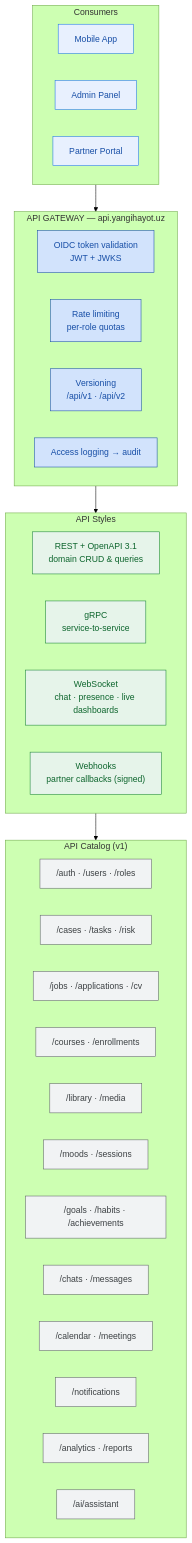
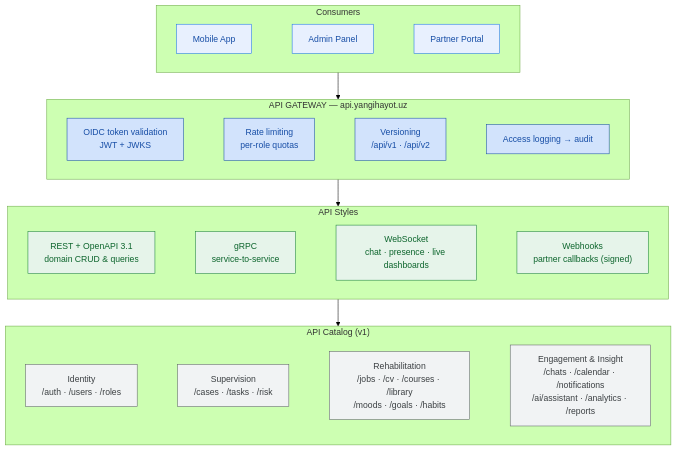
Before and after one commit to baxtbekjumayev74-byte/Yangi-hayot: the fifth of 5 diagrams in docs/02-system-architecture.md, drawn with Mermaid (forest theme). The commit also changed other lines of this file and 5 other files, not shown here.

First line of the commit message:
Refine diagram layouts for presentation rendering

````diff
--- a/docs/02-system-architecture.md
+++ b/docs/02-system-architecture.md
@@ -277,49 +250,33 @@
 ```mermaid
 flowchart TB
     subgraph CLIENTS["Consumers"]
-        M["Mobile App"]
-        W["Admin Panel"]
-        P["Partner Portal"]
+        direction LR
+        M["Mobile App"] ~~~ W["Admin Panel"] ~~~ P["Partner Portal"]
     end
 
     subgraph GATE["API GATEWAY — api.yangihayot.uz"]
-        AUTH["OIDC token validation<br/>JWT + JWKS"]
-        RATE["Rate limiting<br/>per-role quotas"]
-        VER["Versioning<br/>/api/v1 · /api/v2"]
-        AUD2["Access logging → audit"]
+        direction LR
+        AUTH["OIDC token validation<br/>JWT + JWKS"] ~~~ RATE["Rate limiting<br/>per-role quotas"] ~~~ VER["Versioning<br/>/api/v1 · /api/v2"] ~~~ AUD2["Access logging → audit"]
     end
 
     subgraph STYLES["API Styles"]
-        REST["REST + OpenAPI 3.1<br/>domain CRUD & queries"]
-        GRPC["gRPC<br/>service-to-service"]
-        WSS["WebSocket<br/>chat · presence · live dashboards"]
-        WHK["Webhooks<br/>partner callbacks (signed)"]
+        direction LR
+        REST["REST + OpenAPI 3.1<br/>domain CRUD & queries"] ~~~ GRPC["gRPC<br/>service-to-service"] ~~~ WSS["WebSocket<br/>chat · presence · live dashboards"] ~~~ WHK["Webhooks<br/>partner callbacks (signed)"]
     end
 
     subgraph CATALOG["API Catalog (v1)"]
         direction LR
-        A1["/auth · /users · /roles"]
-        A2["/cases · /tasks · /risk"]
-        A3["/jobs · /applications · /cv"]
-        A4["/courses · /enrollments"]
-        A5["/library · /media"]
-        A6["/moods · /sessions"]
-        A7["/goals · /habits · /achievements"]
-        A8["/chats · /messages"]
-        A9["/calendar · /meetings"]
-        A10["/notifications"]
-        A11["/analytics · /reports"]
-        A12["/ai/assistant"]
+        A1["Identity<br/>/auth · /users · /roles"] ~~~ A2["Supervision<br/>/cases · /tasks · /risk"] ~~~ A3["Rehabilitation<br/>/jobs · /cv · /courses · /library<br/>/moods · /goals · /habits"] ~~~ A4["Engagement & Insight<br/>/chats · /calendar · /notifications<br/>/ai/assistant · /analytics · /reports"]
     end
 
     CLIENTS --> GATE --> STYLES --> CATALOG
 
     classDef c fill:#e8f0fe,stroke:#1a73e8,color:#174ea6
     classDef g fill:#d2e3fc,stroke:#174ea6,color:#174ea6
     classDef s fill:#e6f4ea,stroke:#188038,color:#0d652d
     classDef a fill:#f1f3f4,stroke:#5f6368,color:#3c4043
     class M,W,P c
     class AUTH,RATE,VER,AUD2 g
     class REST,GRPC,WSS,WHK s
-    class A1,A2,A3,A4,A5,A6,A7,A8,A9,A10,A11,A12 a
+    class A1,A2,A3,A4 a
 ```
````
